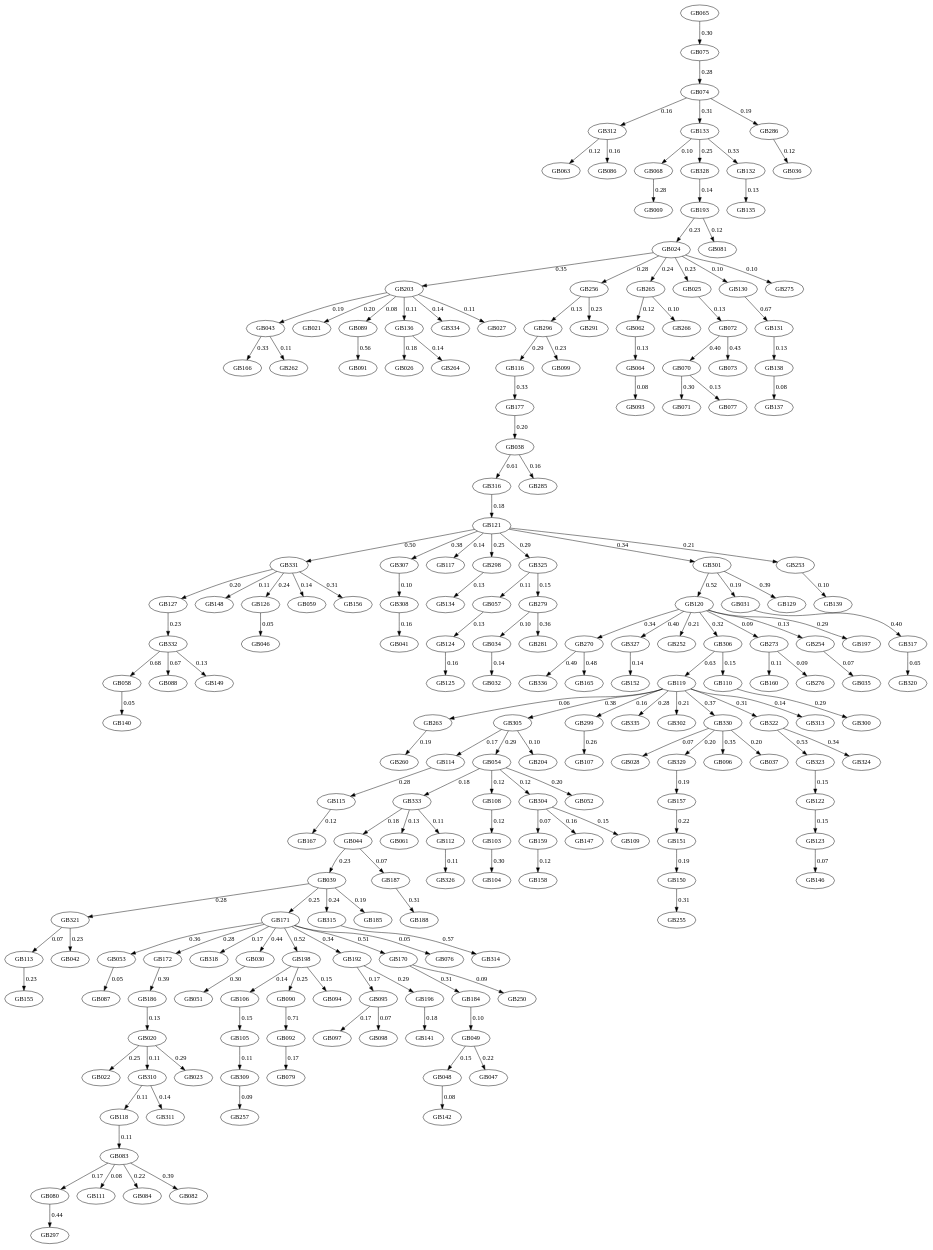
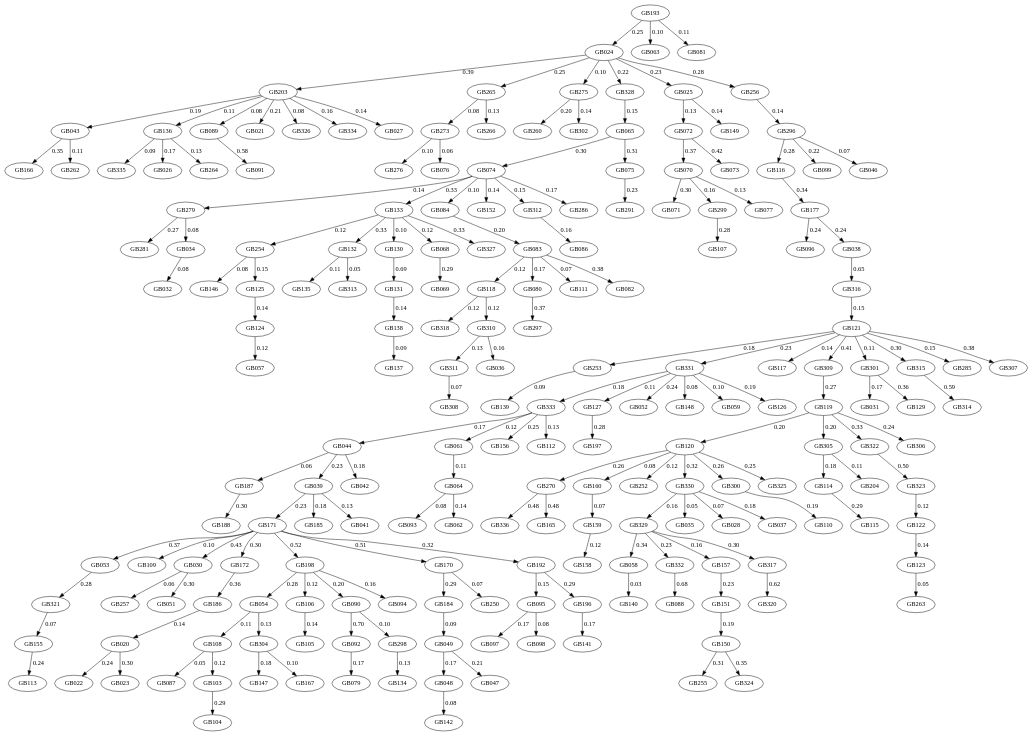
The diagram in grambank/static/dependencies.gv (clld/grambank), drawn with Graphviz before and after one commit. The commit also changed 12 other files, not shown here.

```diff
--- a/grambank/static/dependencies.gv
+++ b/grambank/static/dependencies.gv
@@ -1,203 +1,203 @@
 digraph G {
-   GB114 -> GB115 [label="0.28"];
-   GB058 -> GB140 [label="0.05"];
-   GB270 -> GB336 [label="0.49"];
-   GB321 -> GB113 [label="0.07"];
-   GB171 -> GB053 [label="0.36"];
+   GB114 -> GB115 [label="0.29"];
+   GB058 -> GB140 [label="0.03"];
+   GB270 -> GB336 [label="0.48"];
+   GB171 -> GB053 [label="0.37"];
    GB203 -> GB043 [label="0.19"];
-   GB075 -> GB074 [label="0.28"];
-   GB327 -> GB152 [label="0.14"];
-   GB203 -> GB021 [label="0.20"];
-   GB263 -> GB260 [label="0.19"];
+   GB074 -> GB279 [label="0.14"];
+   GB123 -> GB263 [label="0.05"];
+   GB254 -> GB146 [label="0.08"];
+   GB160 -> GB159 [label="0.07"];
    GB070 -> GB071 [label="0.30"];
-   GB054 -> GB333 [label="0.18"];
-   GB068 -> GB069 [label="0.28"];
-   GB333 -> GB044 [label="0.18"];
-   GB057 -> GB124 [label="0.13"];
-   GB065 -> GB075 [label="0.30"];
-   GB328 -> GB193 [label="0.14"];
+   GB177 -> GB096 [label="0.24"];
+   GB125 -> GB124 [label="0.14"];
+   GB333 -> GB044 [label="0.17"];
+   GB136 -> GB335 [label="0.09"];
+   GB044 -> GB187 [label="0.06"];
    GB159 -> GB158 [label="0.12"];
-   GB332 -> GB088 [label="0.67"];
+   GB332 -> GB088 [label="0.68"];
    GB203 -> GB089 [label="0.08"];
+   GB108 -> GB087 [label="0.05"];
    GB108 -> GB103 [label="0.12"];
-   GB024 -> GB203 [label="0.35"];
-   GB177 -> GB038 [label="0.20"];
-   GB332 -> GB058 [label="0.68"];
-   GB120 -> GB270 [label="0.34"];
-   GB305 -> GB054 [label="0.29"];
-   GB034 -> GB032 [label="0.14"];
-   GB039 -> GB315 [label="0.24"];
+   GB024 -> GB203 [label="0.39"];
+   GB177 -> GB038 [label="0.24"];
+   GB321 -> GB155 [label="0.07"];
+   GB120 -> GB270 [label="0.26"];
+   GB039 -> GB171 [label="0.23"];
+   GB171 -> GB109 [label="0.10"];
+   GB121 -> GB253 [label="0.18"];
    GB092 -> GB079 [label="0.17"];
-   GB120 -> GB252 [label="0.21"];
-   GB120 -> GB306 [label="0.32"];
-   GB331 -> GB127 [label="0.20"];
+   GB120 -> GB252 [label="0.12"];
+   GB331 -> GB127 [label="0.11"];
+   GB030 -> GB257 [label="0.06"];
    GB048 -> GB142 [label="0.08"];
-   GB333 -> GB061 [label="0.13"];
-   GB054 -> GB304 [label="0.12"];
-   GB116 -> GB177 [label="0.33"];
-   GB305 -> GB114 [label="0.17"];
-   GB187 -> GB188 [label="0.31"];
+   GB331 -> GB333 [label="0.18"];
+   GB054 -> GB304 [label="0.13"];
+   GB116 -> GB177 [label="0.34"];
+   GB305 -> GB114 [label="0.18"];
    GB151 -> GB150 [label="0.19"];
-   GB043 -> GB166 [label="0.33"];
-   GB307 -> GB308 [label="0.10"];
-   GB031 -> GB317 [label="0.40"];
+   GB043 -> GB166 [label="0.35"];
+   GB265 -> GB273 [label="0.08"];
+   GB030 -> GB051 [label="0.30"];
    GB121 -> GB117 [label="0.14"];
-   GB171 -> GB172 [label="0.28"];
-   GB119 -> GB263 [label="0.06"];
-   GB132 -> GB135 [label="0.13"];
+   GB171 -> GB172 [label="0.30"];
+   GB171 -> GB198 [label="0.52"];
+   GB132 -> GB135 [label="0.11"];
+   GB329 -> GB332 [label="0.23"];
    GB095 -> GB097 [label="0.17"];
-   GB171 -> GB318 [label="0.17"];
-   GB304 -> GB147 [label="0.16"];
-   GB119 -> GB299 [label="0.16"];
-   GB171 -> GB030 [label="0.44"];
-   GB121 -> GB298 [label="0.25"];
-   GB038 -> GB316 [label="0.61"];
-   GB316 -> GB121 [label="0.18"];
+   GB121 -> GB309 [label="0.41"];
+   GB304 -> GB147 [label="0.18"];
+   GB095 -> GB098 [label="0.08"];
+   GB171 -> GB030 [label="0.43"];
+   GB121 -> GB301 [label="0.11"];
+   GB311 -> GB308 [label="0.07"];
+   GB038 -> GB316 [label="0.65"];
+   GB316 -> GB121 [label="0.15"];
+   GB184 -> GB049 [label="0.09"];
+   GB133 -> GB130 [label="0.10"];
+   GB121 -> GB315 [label="0.30"];
+   GB275 -> GB260 [label="0.20"];
+   GB193 -> GB024 [label="0.25"];
+   GB331 -> GB052 [label="0.24"];
+   GB296 -> GB116 [label="0.28"];
+   GB203 -> GB021 [label="0.21"];
+   GB024 -> GB328 [label="0.22"];
+   GB157 -> GB151 [label="0.23"];
+   GB333 -> GB061 [label="0.12"];
+   GB275 -> GB302 [label="0.14"];
+   GB049 -> GB047 [label="0.21"];
+   GB133 -> GB068 [label="0.12"];
+   GB170 -> GB184 [label="0.29"];
+   GB083 -> GB118 [label="0.12"];
+   GB329 -> GB058 [label="0.34"];
+   GB186 -> GB020 [label="0.14"];
+   GB192 -> GB196 [label="0.29"];
+   GB265 -> GB266 [label="0.13"];
+   GB330 -> GB035 [label="0.05"];
+   GB331 -> GB148 [label="0.08"];
+   GB273 -> GB276 [label="0.10"];
+   GB150 -> GB255 [label="0.31"];
+   GB074 -> GB084 [label="0.10"];
+   GB119 -> GB120 [label="0.20"];
+   GB025 -> GB072 [label="0.13"];
+   GB196 -> GB141 [label="0.17"];
+   GB253 -> GB139 [label="0.09"];
+   GB333 -> GB156 [label="0.25"];
+   GB025 -> GB149 [label="0.14"];
+   GB301 -> GB031 [label="0.17"];
+   GB039 -> GB185 [label="0.18"];
+   GB299 -> GB107 [label="0.28"];
+   GB119 -> GB305 [label="0.20"];
+   GB020 -> GB022 [label="0.24"];
+   GB187 -> GB188 [label="0.30"];
+   GB118 -> GB318 [label="0.12"];
+   GB170 -> GB250 [label="0.07"];
+   GB330 -> GB028 [label="0.07"];
+   GB121 -> GB285 [label="0.15"];
+   GB322 -> GB323 [label="0.50"];
+   GB074 -> GB152 [label="0.14"];
+   GB053 -> GB321 [label="0.28"];
+   GB198 -> GB106 [label="0.12"];
+   GB074 -> GB312 [label="0.15"];
+   GB323 -> GB122 [label="0.12"];
+   GB083 -> GB080 [label="0.17"];
+   GB315 -> GB314 [label="0.59"];
+   GB124 -> GB057 [label="0.12"];
+   GB080 -> GB297 [label="0.37"];
+   GB300 -> GB110 [label="0.19"];
+   GB119 -> GB306 [label="0.24"];
+   GB330 -> GB329 [label="0.16"];
+   GB103 -> GB104 [label="0.29"];
+   GB044 -> GB039 [label="0.23"];
+   GB089 -> GB091 [label="0.58"];
    GB064 -> GB093 [label="0.08"];
-   GB112 -> GB326 [label="0.11"];
-   GB171 -> GB198 [label="0.52"];
-   GB312 -> GB063 [label="0.12"];
-   GB193 -> GB024 [label="0.23"];
-   GB119 -> GB335 [label="0.28"];
-   GB039 -> GB171 [label="0.25"];
-   GB296 -> GB116 [label="0.29"];
-   GB119 -> GB302 [label="0.21"];
-   GB123 -> GB146 [label="0.07"];
-   GB138 -> GB137 [label="0.08"];
-   GB157 -> GB151 [label="0.22"];
-   GB256 -> GB291 [label="0.23"];
-   GB192 -> GB196 [label="0.29"];
-   GB133 -> GB068 [label="0.10"];
-   GB170 -> GB184 [label="0.31"];
-   GB273 -> GB160 [label="0.11"];
-   GB171 -> GB076 [label="0.05"];
-   GB115 -> GB167 [label="0.12"];
-   GB062 -> GB064 [label="0.13"];
-   GB192 -> GB095 [label="0.17"];
-   GB309 -> GB257 [label="0.09"];
-   GB124 -> GB125 [label="0.16"];
-   GB186 -> GB020 [label="0.13"];
-   GB049 -> GB047 [label="0.22"];
-   GB306 -> GB110 [label="0.15"];
-   GB325 -> GB057 [label="0.11"];
-   GB265 -> GB266 [label="0.10"];
-   GB095 -> GB098 [label="0.07"];
-   GB331 -> GB148 [label="0.11"];
-   GB273 -> GB276 [label="0.09"];
-   GB150 -> GB255 [label="0.31"];
-   GB196 -> GB141 [label="0.18"];
-   GB301 -> GB031 [label="0.19"];
-   GB039 -> GB185 [label="0.19"];
-   GB299 -> GB107 [label="0.26"];
-   GB119 -> GB305 [label="0.38"];
-   GB039 -> GB321 [label="0.28"];
-   GB020 -> GB022 [label="0.25"];
-   GB286 -> GB036 [label="0.12"];
-   GB044 -> GB187 [label="0.07"];
-   GB170 -> GB250 [label="0.09"];
-   GB330 -> GB028 [label="0.07"];
-   GB322 -> GB323 [label="0.53"];
-   GB193 -> GB081 [label="0.12"];
-   GB198 -> GB106 [label="0.14"];
-   GB332 -> GB149 [label="0.13"];
-   GB074 -> GB312 [label="0.16"];
-   GB323 -> GB122 [label="0.15"];
-   GB126 -> GB046 [label="0.05"];
-   GB310 -> GB118 [label="0.11"];
-   GB315 -> GB314 [label="0.57"];
-   GB304 -> GB159 [label="0.07"];
-   GB080 -> GB297 [label="0.44"];
-   GB120 -> GB327 [label="0.40"];
-   GB306 -> GB119 [label="0.63"];
-   GB310 -> GB311 [label="0.14"];
-   GB330 -> GB329 [label="0.20"];
-   GB103 -> GB104 [label="0.30"];
-   GB044 -> GB039 [label="0.23"];
-   GB089 -> GB091 [label="0.56"];
-   GB054 -> GB052 [label="0.20"];
-   GB020 -> GB310 [label="0.11"];
-   GB119 -> GB313 [label="0.14"];
-   GB054 -> GB108 [label="0.12"];
-   GB330 -> GB096 [label="0.35"];
-   GB133 -> GB328 [label="0.25"];
-   GB090 -> GB092 [label="0.71"];
-   GB083 -> GB111 [label="0.08"];
+   GB120 -> GB160 [label="0.08"];
+   GB054 -> GB108 [label="0.11"];
+   GB064 -> GB062 [label="0.14"];
+   GB049 -> GB048 [label="0.17"];
+   GB083 -> GB111 [label="0.07"];
    GB121 -> GB307 [label="0.38"];
-   GB325 -> GB279 [label="0.15"];
-   GB279 -> GB281 [label="0.36"];
-   GB265 -> GB062 [label="0.12"];
-   GB122 -> GB123 [label="0.15"];
-   GB113 -> GB155 [label="0.23"];
-   GB131 -> GB138 [label="0.13"];
-   GB121 -> GB325 [label="0.29"];
-   GB136 -> GB026 [label="0.18"];
-   GB118 -> GB083 [label="0.11"];
-   GB296 -> GB099 [label="0.23"];
-   GB322 -> GB324 [label="0.34"];
+   GB279 -> GB281 [label="0.27"];
+   GB090 -> GB298 [label="0.10"];
+   GB122 -> GB123 [label="0.14"];
+   GB155 -> GB113 [label="0.24"];
+   GB304 -> GB167 [label="0.10"];
+   GB136 -> GB026 [label="0.17"];
+   GB203 -> GB326 [label="0.08"];
+   GB296 -> GB099 [label="0.22"];
    GB312 -> GB086 [label="0.16"];
    GB203 -> GB136 [label="0.11"];
-   GB072 -> GB073 [label="0.43"];
+   GB020 -> GB023 [label="0.30"];
+   GB044 -> GB042 [label="0.18"];
+   GB072 -> GB073 [label="0.42"];
    GB070 -> GB077 [label="0.13"];
-   GB331 -> GB059 [label="0.14"];
-   GB083 -> GB080 [label="0.17"];
-   GB317 -> GB320 [label="0.65"];
-   GB331 -> GB156 [label="0.31"];
-   GB136 -> GB264 [label="0.14"];
+   GB331 -> GB059 [label="0.10"];
+   GB120 -> GB330 [label="0.32"];
+   GB133 -> GB254 [label="0.12"];
+   GB317 -> GB320 [label="0.62"];
+   GB136 -> GB264 [label="0.13"];
    GB298 -> GB134 [label="0.13"];
-   GB127 -> GB332 [label="0.23"];
-   GB198 -> GB090 [label="0.25"];
-   GB203 -> GB334 [label="0.14"];
-   GB321 -> GB042 [label="0.23"];
-   GB074 -> GB286 [label="0.19"];
-   GB253 -> GB139 [label="0.10"];
-   GB121 -> GB253 [label="0.21"];
-   GB083 -> GB084 [label="0.22"];
-   GB254 -> GB035 [label="0.07"];
-   GB120 -> GB254 [label="0.13"];
-   GB072 -> GB070 [label="0.40"];
+   GB198 -> GB090 [label="0.20"];
+   GB273 -> GB076 [label="0.06"];
+   GB203 -> GB334 [label="0.16"];
+   GB074 -> GB286 [label="0.17"];
+   GB133 -> GB327 [label="0.33"];
+   GB034 -> GB032 [label="0.08"];
+   GB039 -> GB041 [label="0.13"];
+   GB072 -> GB070 [label="0.37"];
    GB024 -> GB025 [label="0.23"];
-   GB024 -> GB130 [label="0.10"];
-   GB121 -> GB301 [label="0.34"];
-   GB304 -> GB109 [label="0.15"];
-   GB049 -> GB048 [label="0.15"];
-   GB020 -> GB023 [label="0.29"];
-   GB038 -> GB285 [label="0.16"];
-   GB184 -> GB049 [label="0.10"];
-   GB330 -> GB037 [label="0.20"];
-   GB329 -> GB157 [label="0.19"];
-   GB270 -> GB165 [label="0.48"];
-   GB305 -> GB204 [label="0.10"];
+   GB198 -> GB054 [label="0.28"];
+   GB065 -> GB074 [label="0.30"];
+   GB131 -> GB138 [label="0.14"];
+   GB296 -> GB046 [label="0.07"];
+   GB309 -> GB119 [label="0.27"];
+   GB329 -> GB317 [label="0.30"];
+   GB330 -> GB037 [label="0.18"];
+   GB310 -> GB036 [label="0.16"];
+   GB329 -> GB157 [label="0.16"];
+   GB065 -> GB075 [label="0.31"];
+   GB305 -> GB204 [label="0.11"];
    GB024 -> GB256 [label="0.28"];
    GB171 -> GB170 [label="0.51"];
-   GB105 -> GB309 [label="0.11"];
-   GB030 -> GB051 [label="0.30"];
-   GB120 -> GB273 [label="0.09"];
+   GB254 -> GB125 [label="0.15"];
+   GB127 -> GB197 [label="0.28"];
+   GB075 -> GB291 [label="0.23"];
    GB043 -> GB262 [label="0.11"];
-   GB119 -> GB330 [label="0.37"];
-   GB331 -> GB126 [label="0.24"];
-   GB130 -> GB131 [label="0.67"];
-   GB024 -> GB265 [label="0.24"];
-   GB256 -> GB296 [label="0.13"];
-   GB172 -> GB186 [label="0.39"];
-   GB279 -> GB034 [label="0.10"];
+   GB331 -> GB126 [label="0.19"];
+   GB130 -> GB131 [label="0.69"];
+   GB193 -> GB063 [label="0.10"];
+   GB150 -> GB324 [label="0.35"];
+   GB301 -> GB129 [label="0.36"];
+   GB270 -> GB165 [label="0.48"];
+   GB070 -> GB299 [label="0.16"];
+   GB256 -> GB296 [label="0.14"];
+   GB172 -> GB186 [label="0.36"];
+   GB024 -> GB265 [label="0.25"];
+   GB132 -> GB313 [label="0.05"];
    GB133 -> GB132 [label="0.33"];
-   GB074 -> GB133 [label="0.31"];
-   GB110 -> GB300 [label="0.29"];
-   GB333 -> GB112 [label="0.11"];
-   GB203 -> GB027 [label="0.11"];
-   GB308 -> GB041 [label="0.16"];
-   GB106 -> GB105 [label="0.15"];
-   GB025 -> GB072 [label="0.13"];
-   GB171 -> GB192 [label="0.34"];
-   GB053 -> GB087 [label="0.05"];
-   GB120 -> GB197 [label="0.29"];
-   GB198 -> GB094 [label="0.15"];
-   GB121 -> GB331 [label="0.50"];
-   GB119 -> GB322 [label="0.31"];
-   GB083 -> GB082 [label="0.39"];
-   GB301 -> GB120 [label="0.52"];
-   GB301 -> GB129 [label="0.39"];
+   GB074 -> GB133 [label="0.33"];
+   GB333 -> GB112 [label="0.13"];
+   GB203 -> GB027 [label="0.14"];
+   GB061 -> GB064 [label="0.11"];
+   GB106 -> GB105 [label="0.14"];
+   GB192 -> GB095 [label="0.15"];
+   GB120 -> GB325 [label="0.25"];
+   GB118 -> GB310 [label="0.12"];
+   GB171 -> GB192 [label="0.32"];
+   GB068 -> GB069 [label="0.29"];
+   GB279 -> GB034 [label="0.08"];
+   GB198 -> GB094 [label="0.16"];
+   GB138 -> GB137 [label="0.09"];
+   GB121 -> GB331 [label="0.23"];
+   GB119 -> GB322 [label="0.33"];
+   GB083 -> GB082 [label="0.38"];
+   GB310 -> GB311 [label="0.13"];
+   GB090 -> GB092 [label="0.70"];
+   GB084 -> GB083 [label="0.20"];
    GB024 -> GB275 [label="0.10"];
+   GB120 -> GB300 [label="0.26"];
+   GB193 -> GB081 [label="0.11"];
+   GB328 -> GB065 [label="0.15"];
    GB080;
    GB081;
    GB082;
@@ -217,7 +217,7 @@
    GB320;
    GB138;
    GB275;
-   GB030;
+   GB139;
    GB079;
    GB075;
    GB265;
@@ -278,7 +278,7 @@
    GB297;
    GB296;
    GB299;
-   GB048;
+   GB123;
    GB049;
    GB103;
    GB105;
@@ -334,7 +334,7 @@
    GB126;
    GB125;
    GB124;
-   GB123;
+   GB048;
    GB122;
    GB121;
    GB120;
@@ -356,7 +356,7 @@
    GB313;
    GB300;
    GB031;
-   GB139;
+   GB030;
    GB032;
    GB035;
    GB034;
```
